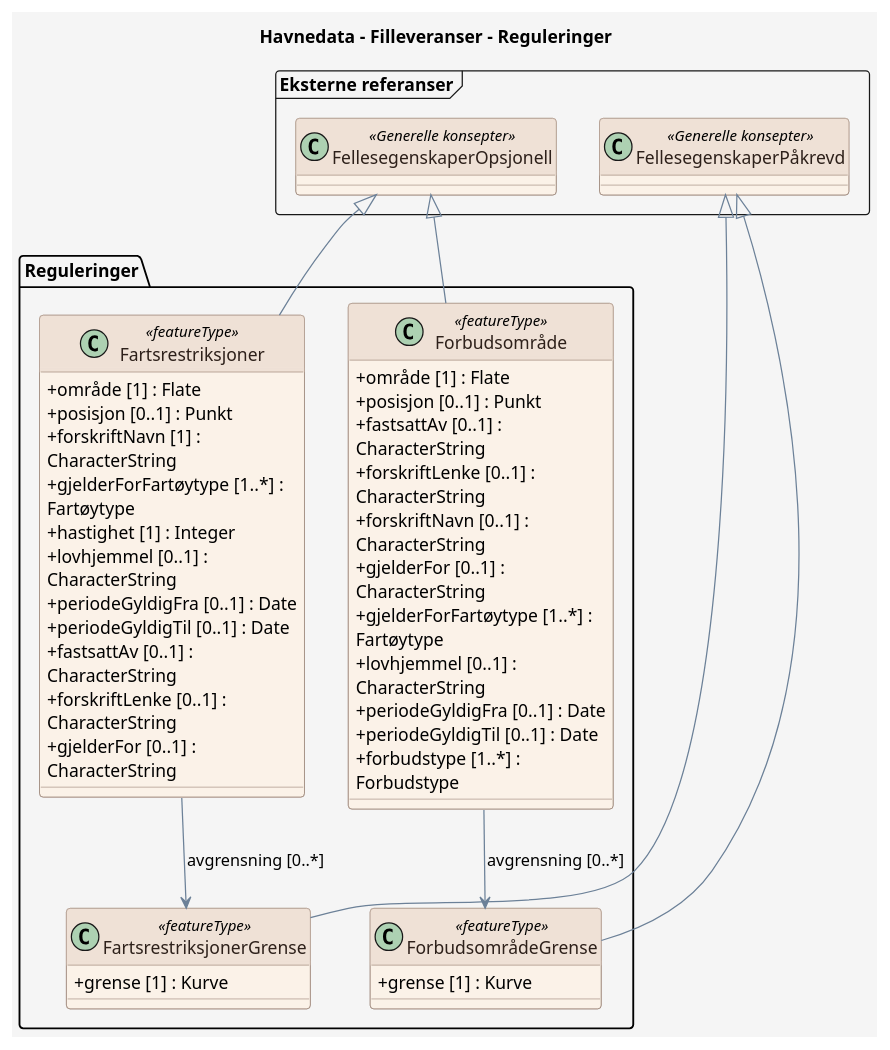
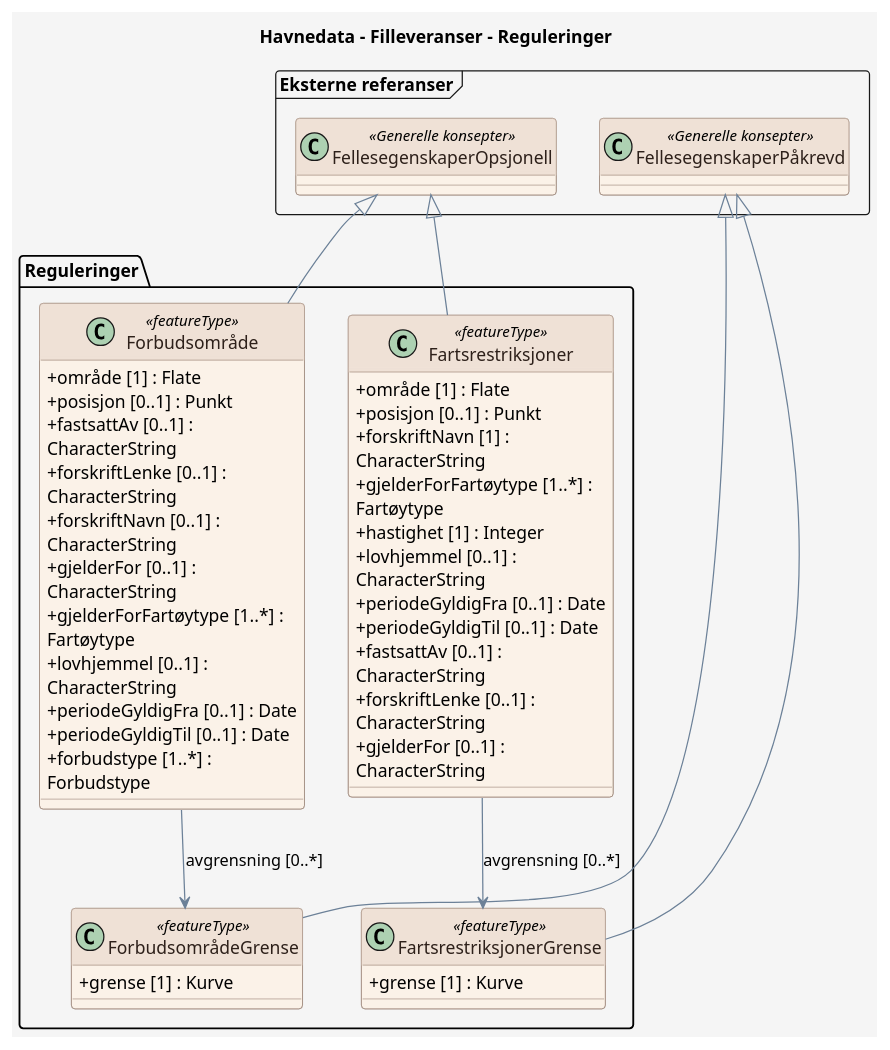
The diagram in produktspesifikasjon/havnedata/filleveranser/filleveranser_feature_catalogue_Reguleringer.puml (larsingea/produktspesifikasjon_mal), drawn with PlantUML before and after one commit. The commit also changed other lines of this file and 10 other files, not shown here.

```diff
--- a/produktspesifikasjon/havnedata/filleveranser/filleveranser_feature_catalogue_Reguleringer.puml
+++ b/produktspesifikasjon/havnedata/filleveranser/filleveranser_feature_catalogue_Reguleringer.puml
@@ -1,84 +1,84 @@
 @startuml
 ' For wide diagrams, render with: plantuml -DPLANTUML_LIMIT_SIZE=16384 ...
 ' The 'scale max' directive below caps the rendered output to prevent the
 ' default PlantUML 4096px size limit from cropping the diagram.
 scale max 4000*4000
 
 title Havnedata - Filleveranser - Reguleringer
 
 skinparam backgroundColor #F5F5F5
 skinparam shadowing false
 skinparam RoundCorner 6
 skinparam ArrowColor #6C8198
 skinparam wrapWidth 200
 skinparam class {
   BackgroundColor #FBF2E8
   BorderColor #9C8578
   FontColor #2D201A
   HeaderBackgroundColor #EFE1D6
   HeaderFontColor #2D201A
   AttributeIconSize 0
 }
 skinparam note {
   BackgroundColor #FFFFFF
   BorderColor #6C8198
   FontColor #2D201A
 }
 skinparam stereotypeCBackgroundColor #EAD9CE
 skinparam stereotypeCBorderColor #9C8578
 skinparam stereotypeCFontColor #2D201A
 
 package "Reguleringer" {
 
+  class "Forbudsområde" as Forbudsomr_de <<featureType>> {
+    + område [1] : Flate
+    + posisjon [0..1] : Punkt
+    + fastsattAv [0..1] : CharacterString
+    + forskriftLenke [0..1] : CharacterString
+    + forskriftNavn [0..1] : CharacterString
+    + gjelderFor [0..1] : CharacterString
+    + gjelderForFartøytype [1..*] : Fartøytype
+    + lovhjemmel [0..1] : CharacterString
+    + periodeGyldigFra [0..1] : Date
+    + periodeGyldigTil [0..1] : Date
+    + forbudstype [1..*] : Forbudstype
+  }
+
   class FartsrestriksjonerGrense <<featureType>> {
     + grense [1] : Kurve
   }
 
   class "ForbudsområdeGrense" as Forbudsomr_deGrense <<featureType>> {
     + grense [1] : Kurve
   }
 
   class Fartsrestriksjoner <<featureType>> {
     + område [1] : Flate
     + posisjon [0..1] : Punkt
     + forskriftNavn [1] : CharacterString
     + gjelderForFartøytype [1..*] : Fartøytype
     + hastighet [1] : Integer
     + lovhjemmel [0..1] : CharacterString
     + periodeGyldigFra [0..1] : Date
     + periodeGyldigTil [0..1] : Date
     + fastsattAv [0..1] : CharacterString
     + forskriftLenke [0..1] : CharacterString
     + gjelderFor [0..1] : CharacterString
   }
-
-  class "Forbudsområde" as Forbudsomr_de <<featureType>> {
-    + område [1] : Flate
-    + posisjon [0..1] : Punkt
-    + fastsattAv [0..1] : CharacterString
-    + forskriftLenke [0..1] : CharacterString
-    + forskriftNavn [0..1] : CharacterString
-    + gjelderFor [0..1] : CharacterString
-    + gjelderForFartøytype [1..*] : Fartøytype
-    + lovhjemmel [0..1] : CharacterString
-    + periodeGyldigFra [0..1] : Date
-    + periodeGyldigTil [0..1] : Date
-    + forbudstype [1..*] : Forbudstype
-  }
 }
 
 package "Eksterne referanser" <<Frame>> {
   class FellesegenskaperOpsjonell <<Generelle konsepter>> {
   }
   class "FellesegenskaperPåkrevd" as FellesegenskaperP_krevd <<Generelle konsepter>> {
   }
 }
 
+FellesegenskaperOpsjonell <|-- Forbudsomr_de
+Forbudsomr_de --> Forbudsomr_deGrense : avgrensning [0..*]
 FellesegenskaperP_krevd <|-- FartsrestriksjonerGrense
 FellesegenskaperP_krevd <|-- Forbudsomr_deGrense
 FellesegenskaperOpsjonell <|-- Fartsrestriksjoner
 Fartsrestriksjoner --> FartsrestriksjonerGrense : avgrensning [0..*]
-FellesegenskaperOpsjonell <|-- Forbudsomr_de
-Forbudsomr_de --> Forbudsomr_deGrense : avgrensning [0..*]
 
 @enduml
```
